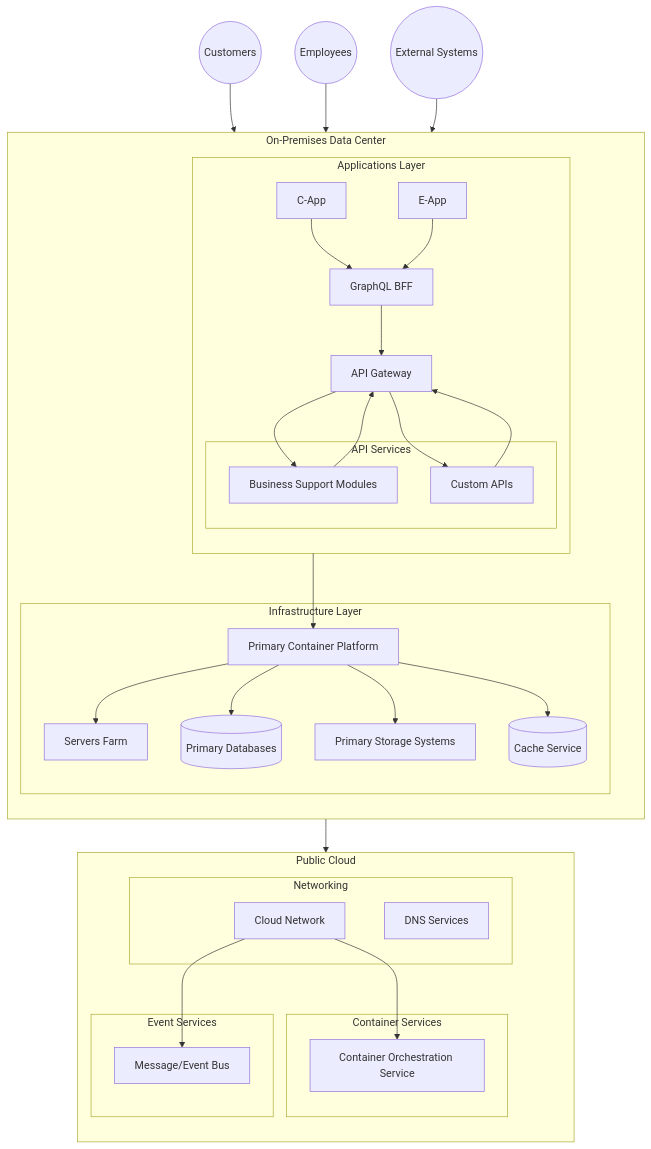
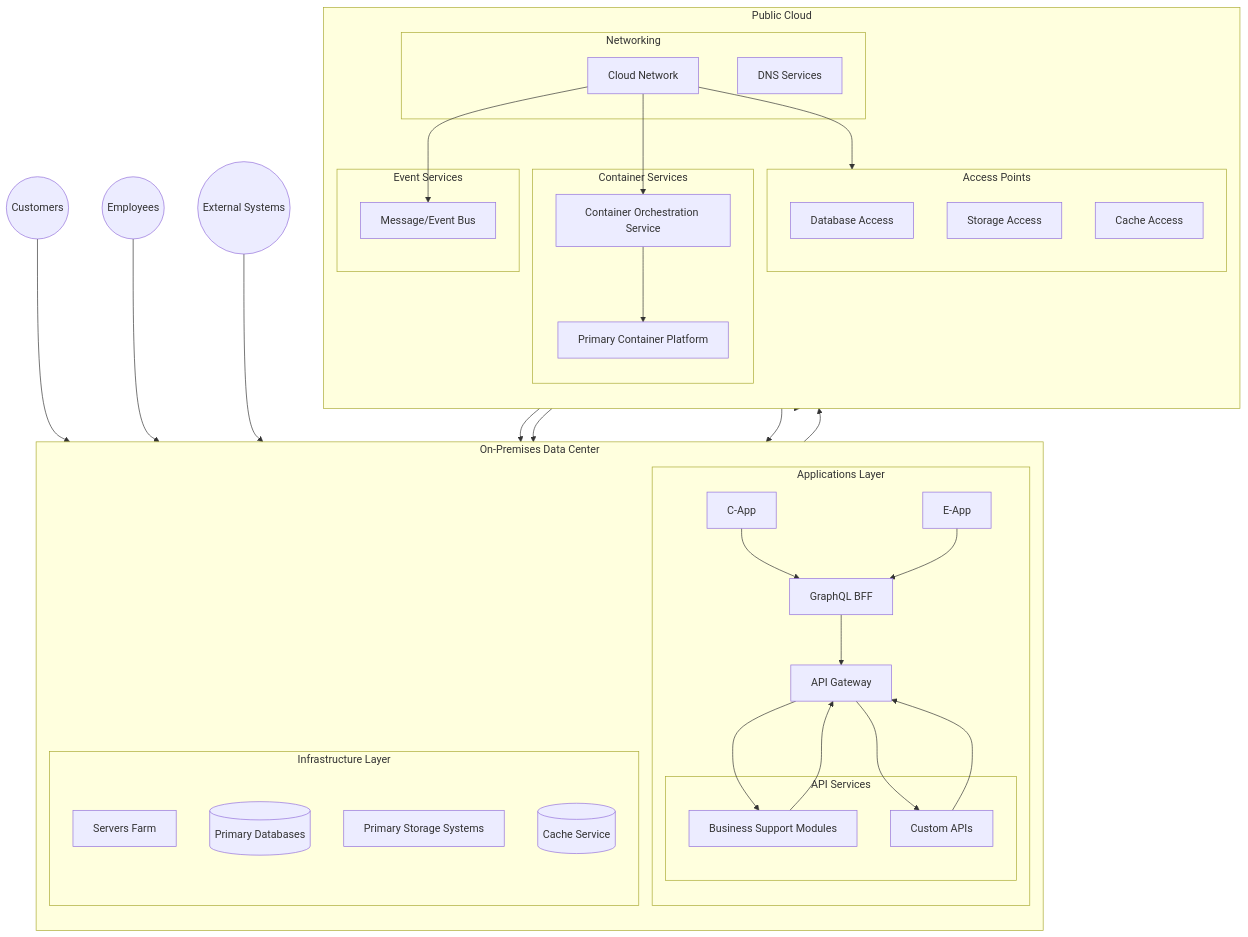
Before and after one commit to henryrestive/infra-docs: the diagram in Generic-HybridCloud.md, drawn with Mermaid. The commit also changed 2 other files, not shown here.

Commit message:
Update diagram

````diff
--- a/Generic-HybridCloud.md
+++ b/Generic-HybridCloud.md
@@ -8,63 +8,70 @@
 ```mermaid
 graph TB
     subgraph OnPrem[On-Premises Data Center]
         direction TB
         subgraph Apps[Applications Layer]
             CApp[C-App]
             EApp[E-App]
             subgraph API[API Services]
                 BSM[Business Support Modules]
                 CustomAPI[Custom APIs]
             end
             BFF[GraphQL BFF]
             Gateway[API Gateway]
         end
         
         subgraph Infrastructure[Infrastructure Layer]
             ServersFarm[Servers Farm]
-            ContainerPlatform[Primary Container Platform]
             PrimaryDB[(Primary Databases)]
             PrimaryStorage[Primary Storage Systems]
             CacheService[(Cache Service)]
         end
     end
 
     subgraph Cloud[Public Cloud]
         direction TB
         subgraph Network[Networking]
             CloudNet[Cloud Network]
             DNS[DNS Services]
         end
         
         subgraph Compute[Container Services]
             ContainerService[Container Orchestration Service]
+            ContainerPlatform[Primary Container Platform]
         end
         
+        subgraph Access[Access Points]
+            DBAccess[Database Access]
+            StorageAccess[Storage Access]
+            CacheAccess[Cache Access]
+        end
+
         subgraph Messaging[Event Services]
             EventBus[Message/Event Bus]
         end
     end
 
     %% External entities
     Customers((Customers))
     Employees((Employees))
     ExternalSystems((External Systems))
 
     %% Connections
     CApp & EApp --> BFF
     BFF --> Gateway
     BSM & CustomAPI --> Gateway
     Gateway --> BSM
     Gateway --> CustomAPI
     Customers --> CApp
     Employees --> EApp
     ExternalSystems --> Gateway
     Apps --> ContainerPlatform
-    ContainerPlatform --> ServersFarm
-    ContainerPlatform --> PrimaryDB
-    ContainerPlatform --> PrimaryStorage
-    ContainerPlatform --> CacheService
     Infrastructure --> Network
     CloudNet --> ContainerService
+    ContainerService --> ContainerPlatform
+    CloudNet --> Access
+    DBAccess --> PrimaryDB
+    StorageAccess --> PrimaryStorage
+    CacheAccess --> CacheService
     CloudNet --> EventBus
 ```
````
